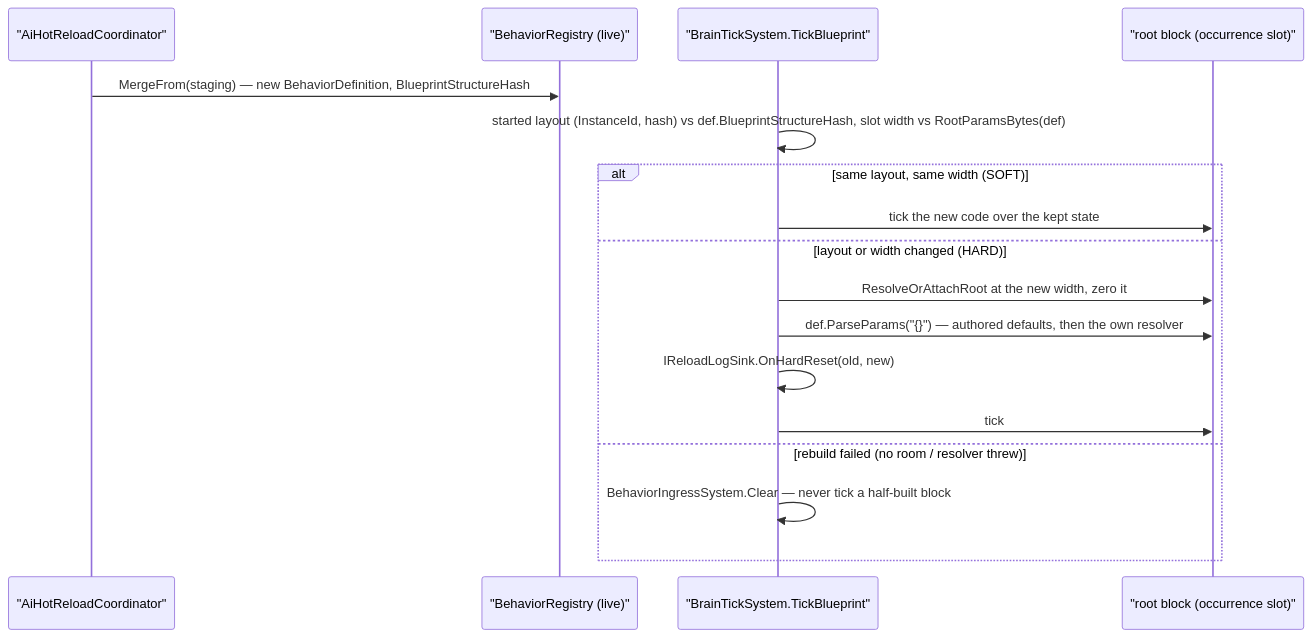
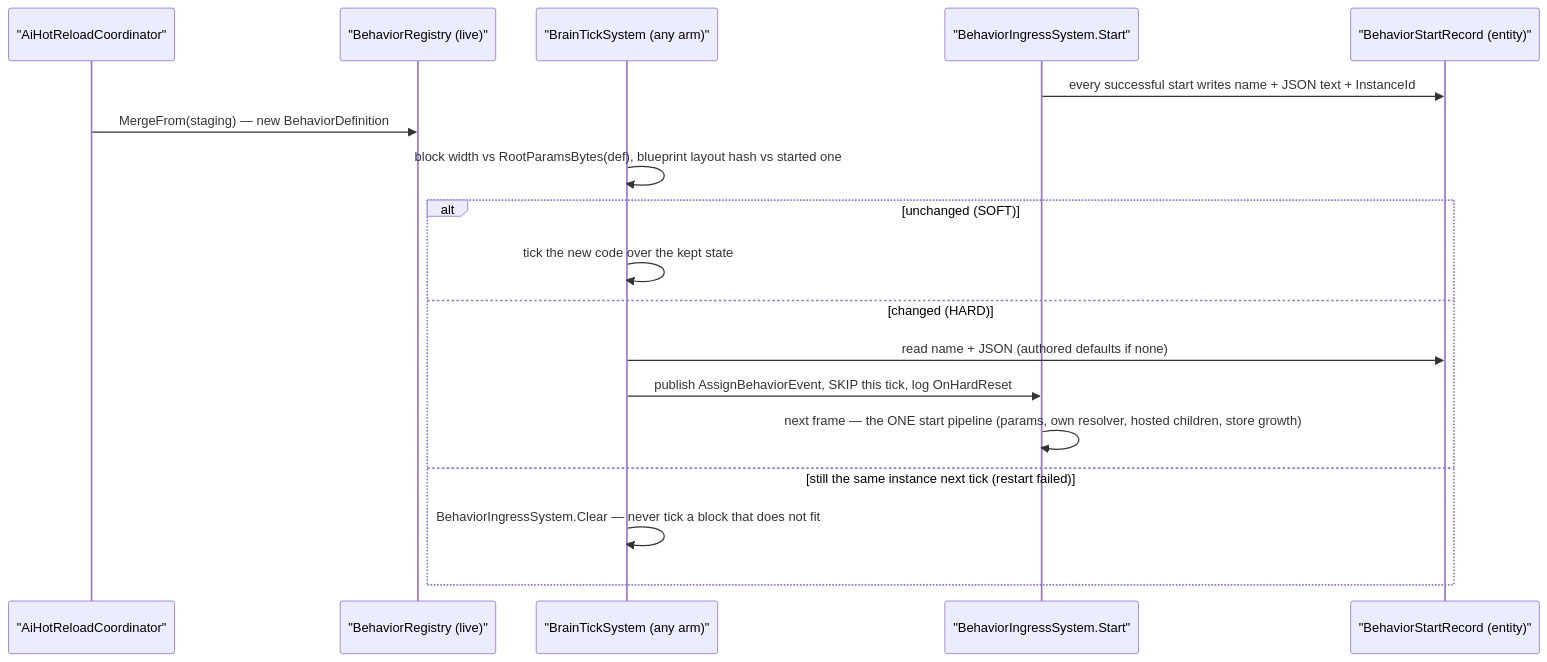
Before and after one commit to pjanec/HROT: the sixth of 6 diagrams in docs/blueprints/Architect_Question_77_Blueprint_As_A_Behaviour.md, drawn with Mermaid. The commit also changed other lines of this file and 7 other files, not shown here.

````diff
--- a/docs/blueprints/Architect_Question_77_Blueprint_As_A_Behaviour.md
+++ b/docs/blueprints/Architect_Question_77_Blueprint_As_A_Behaviour.md
@@ -356,19 +356,20 @@
 ```mermaid
 sequenceDiagram
     participant C as "AiHotReloadCoordinator"
     participant R as "BehaviorRegistry (live)"
-    participant B as "BrainTickSystem.TickBlueprint"
-    participant S as "root block (occurrence slot)"
-    C->>R: MergeFrom(staging) — new BehaviorDefinition, BlueprintStructureHash
-    B->>B: started layout (InstanceId, hash) vs def.BlueprintStructureHash, slot width vs RootParamsBytes(def)
-    alt same layout, same width (SOFT)
-        B->>S: tick the new code over the kept state
-    else layout or width changed (HARD)
-        B->>S: ResolveOrAttachRoot at the new width, zero it
-        B->>S: def.ParseParams("{}") — authored defaults, then the own resolver
-        B->>B: IReloadLogSink.OnHardReset(old, new)
-        B->>S: tick
-    else rebuild failed (no room / resolver threw)
-        B->>B: BehaviorIngressSystem.Clear — never tick a half-built block
+    participant B as "BrainTickSystem (any arm)"
+    participant I as "BehaviorIngressSystem.Start"
+    participant K as "BehaviorStartRecord (entity)"
+    I->>K: every successful start writes name + JSON text + InstanceId
+    C->>R: MergeFrom(staging) — new BehaviorDefinition
+    B->>B: block width vs RootParamsBytes(def), blueprint layout hash vs started one
+    alt unchanged (SOFT)
+        B->>B: tick the new code over the kept state
+    else changed (HARD)
+        B->>K: read name + JSON (authored defaults if none)
+        B->>I: publish AssignBehaviorEvent, SKIP this tick, log OnHardReset
+        I->>I: next frame — the ONE start pipeline (params, own resolver, hosted children, store growth)
+    else still the same instance next tick (restart failed)
+        B->>B: BehaviorIngressSystem.Clear — never tick a block that does not fit
     end
 ```
````
